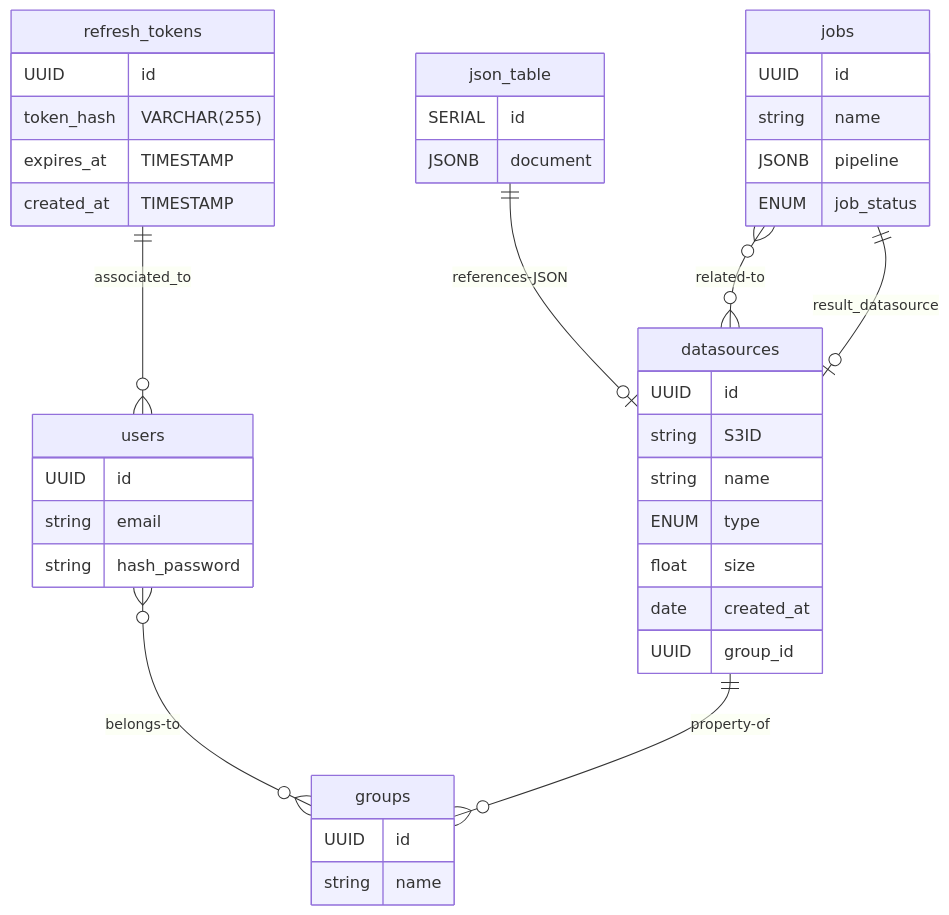
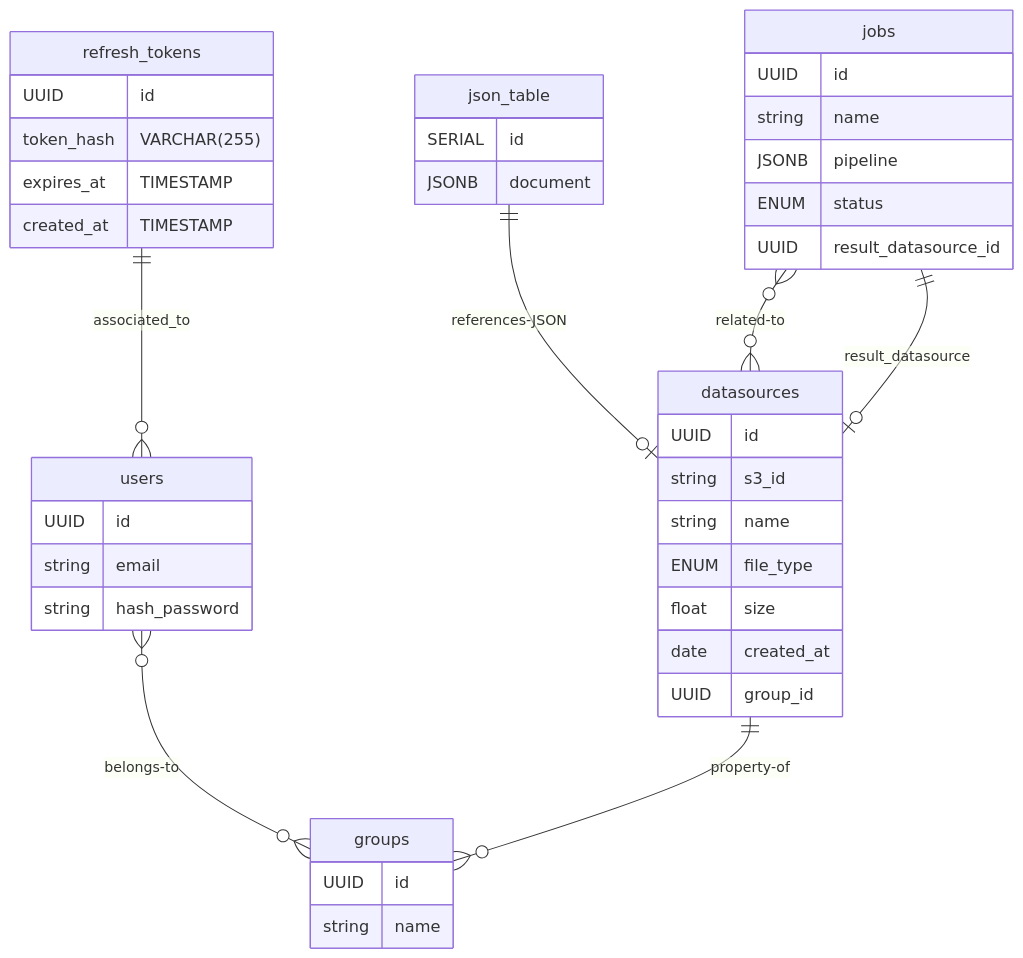
One commit to DO-JENC/data-go-fast changed the diagram in docs/data-go-fast_database-doc.mmd. Above: the diagram before and after it, drawn with Mermaid. The commit also changed other lines of this file, not shown here.

Commit message:
fix: database fields names

```diff
--- a/docs/data-go-fast_database-doc.mmd
+++ b/docs/data-go-fast_database-doc.mmd
@@ -1,47 +1,48 @@
 erDiagram
     users {
         UUID id
         string email
         string hash_password
     }
     users }o--o{ groups : belongs-to
     groups {
         UUID id
         string name
     }
 
     datasources {
         UUID id
-        string S3ID
+        string s3_id
         string name
-        ENUM type
+        ENUM file_type
         float size
         date created_at
         UUID group_id
     }
-    
+
     json_table{
         SERIAL id
         JSONB document
-        
+
     }
     json_table ||--|o datasources : references-JSON
     datasources ||--o{ groups : property-of
 
     jobs {
         UUID id
         string name
         JSONB pipeline
-        ENUM job_status
+        ENUM status
+        UUID result_datasource_id
 
     }
     jobs }o--o{ datasources : related-to
     jobs ||--|o datasources : result_datasource
 
     refresh_tokens {
         UUID id
         token_hash VARCHAR(255)
         expires_at TIMESTAMP
         created_at TIMESTAMP
     }
     refresh_tokens ||--O{ users : associated_to
```
